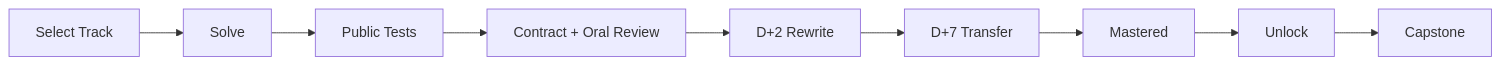
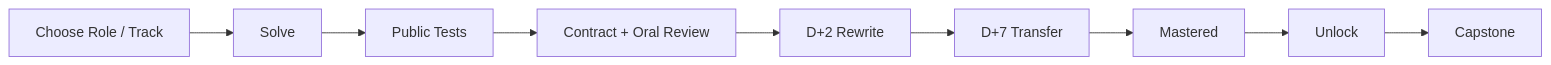
Before and after one commit to ComistryMo/llm_interview_lab: the diagram in README.md, drawn with Mermaid. The commit also changed other lines of this file and 14 other files, not shown here.

````diff
--- a/README.md
+++ b/README.md
@@ -134,11 +171,11 @@
 ```mermaid
 flowchart LR
-    A[Select Track] --> B[Solve]
+    A[Choose Role / Track] --> B[Solve]
     B --> C[Public Tests]
     C --> D[Contract + Oral Review]
     D --> E[D+2 Rewrite]
     E --> F[D+7 Transfer]
     F --> G[Mastered]
     G --> H[Unlock]
     H --> I[Capstone]
 ```
````
